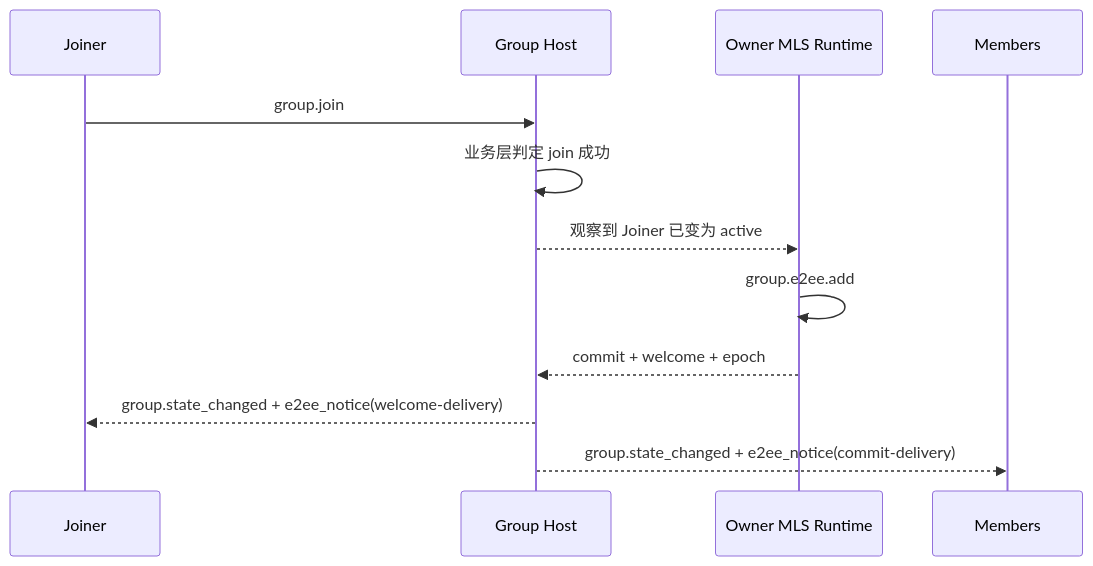
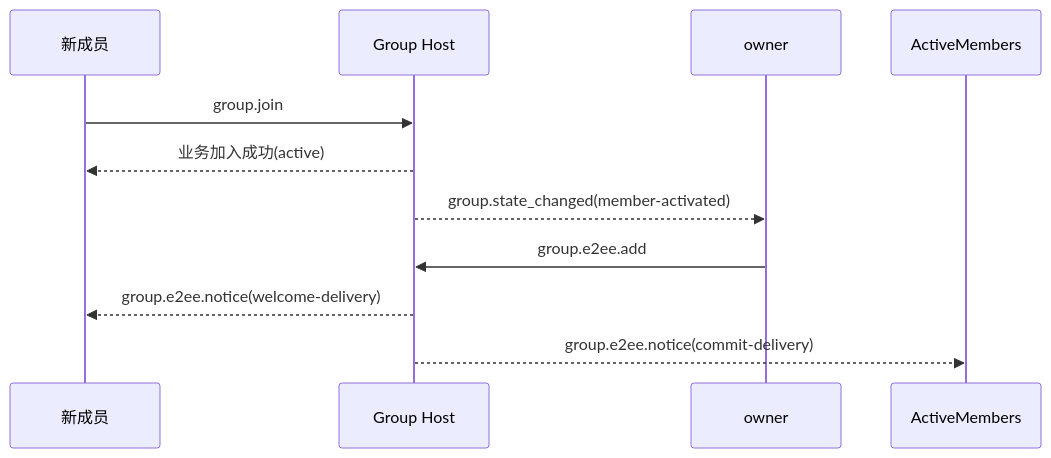
Before and after one commit to NeatNerdPrime/AgentNetworkProtocol: the second of 5 diagrams in chinese/message/06-群组端到端加密.md, drawn with Mermaid. The commit also changed other lines of this file, not shown here.

Commit message:
update message group e2ee protocol

````diff
--- a/chinese/message/06-群组端到端加密.md
+++ b/chinese/message/06-群组端到端加密.md
@@ -976,14 +1165,13 @@
 ```mermaid
 sequenceDiagram
-    participant Joiner as Joiner
-    participant Host as Group Host
-    participant Owner as Owner MLS Runtime
+    participant B as 新成员
+    participant H as Group Host
+    participant O as owner
 
-    Joiner->>Host: group.join
-    Host->>Host: 业务层判定 join 成功
-    Host-->>Owner: 观察到 Joiner 已变为 active
-    Owner->>Owner: group.e2ee.add
-    Owner-->>Host: commit + welcome + epoch
-    Host-->>Joiner: group.state_changed + e2ee_notice(welcome-delivery)
-    Host-->>Members: group.state_changed + e2ee_notice(commit-delivery)
+    B->>H: group.join
+    H-->>B: 业务加入成功(active)
+    H-->>O: group.state_changed(member-activated)
+    O->>H: group.e2ee.add
+    H-->>B: group.e2ee.notice(welcome-delivery)
+    H-->>ActiveMembers: group.e2ee.notice(commit-delivery)
 ```
````
